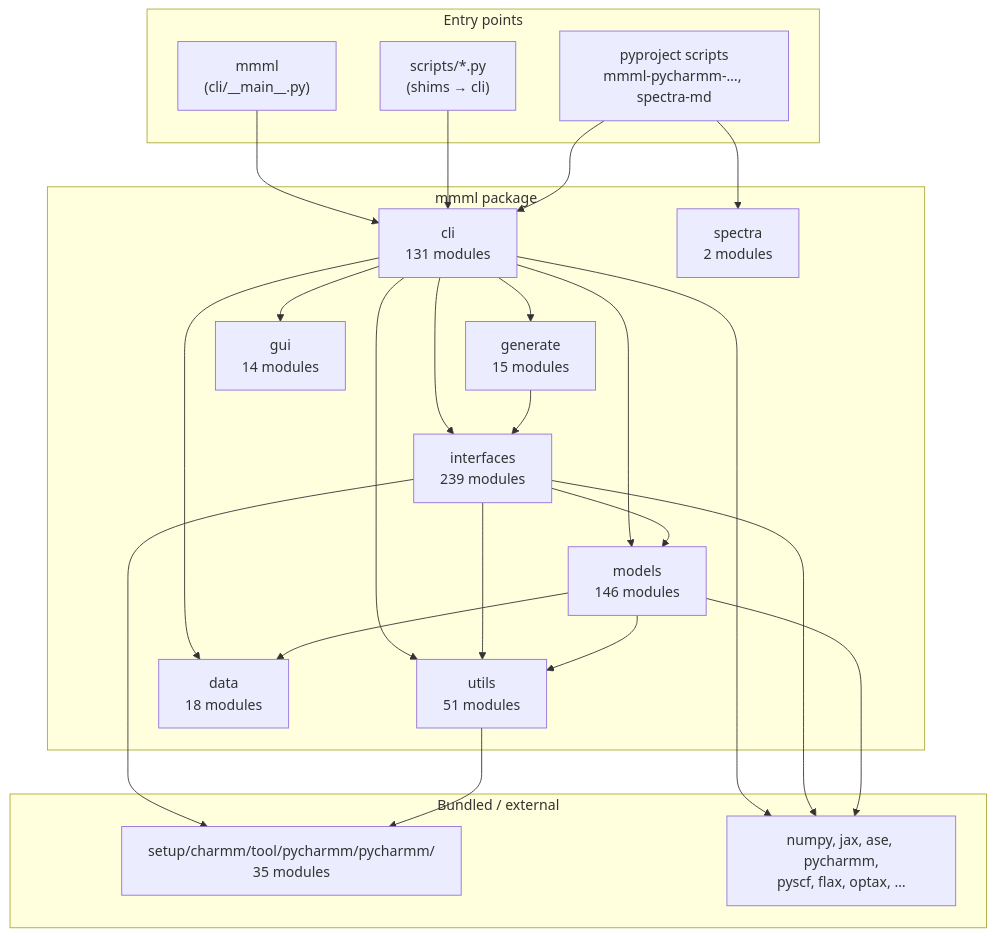
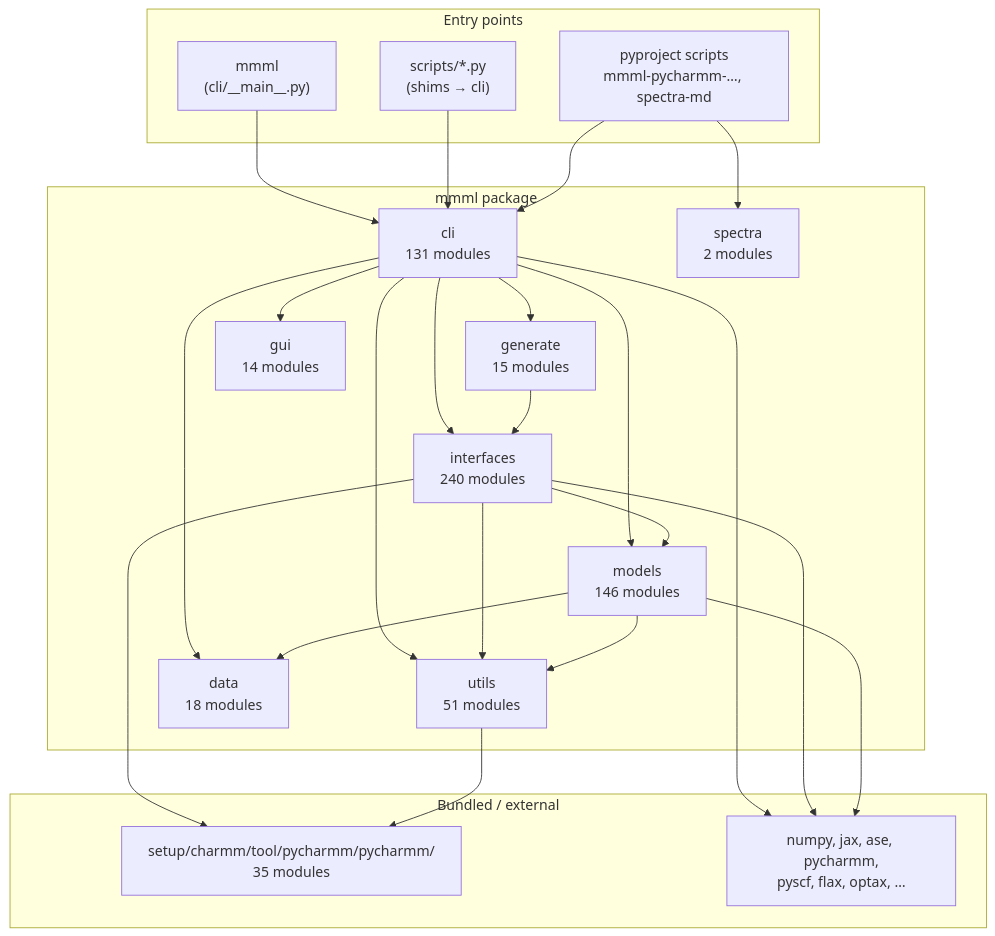
The first of 8 diagrams in docs/package-architecture.md (EricBoittier/mmml), drawn with Mermaid before and after one commit.

Commit message:
docs: refresh generated content after merging main

````diff
--- a/docs/package-architecture.md
+++ b/docs/package-architecture.md
@@ -13,48 +13,48 @@
 ```mermaid
 flowchart TB
   subgraph entry["Entry points"]
     MMML["mmml\n(cli/__main__.py)"]
     SCRIPTS["scripts/*.py\n(shims → cli)"]
     PKG["pyproject scripts\nmmml-pycharmm-…, spectra-md"]
   end
 
   subgraph mmml_pkg["mmml package"]
     CLI["cli\n131 modules"]
-    IFACE["interfaces\n239 modules"]
+    IFACE["interfaces\n240 modules"]
     MODELS["models\n146 modules"]
     UTILS["utils\n51 modules"]
     DATA["data\n18 modules"]
     GEN["generate\n15 modules"]
     GUI["gui\n14 modules"]
     SPEC["spectra\n2 modules"]
   end
 
   subgraph vendor["Bundled / external"]
     PYCH["setup/charmm/tool/pycharmm/pycharmm/\n35 modules"]
     EXT["numpy, jax, ase, pycharmm,\npyscf, flax, optax, …"]
   end
 
   MMML --> CLI
   SCRIPTS --> CLI
   PKG --> CLI
   PKG --> SPEC
 
   CLI --> IFACE
   CLI --> MODELS
   CLI --> DATA
   CLI --> UTILS
   CLI --> GEN
   CLI --> GUI
 
   IFACE --> MODELS
   IFACE --> UTILS
   IFACE --> PYCH
   MODELS --> UTILS
   MODELS --> DATA
   UTILS --> PYCH
   GEN --> IFACE
 
   CLI --> EXT
   IFACE --> EXT
   MODELS --> EXT
 ```
````
